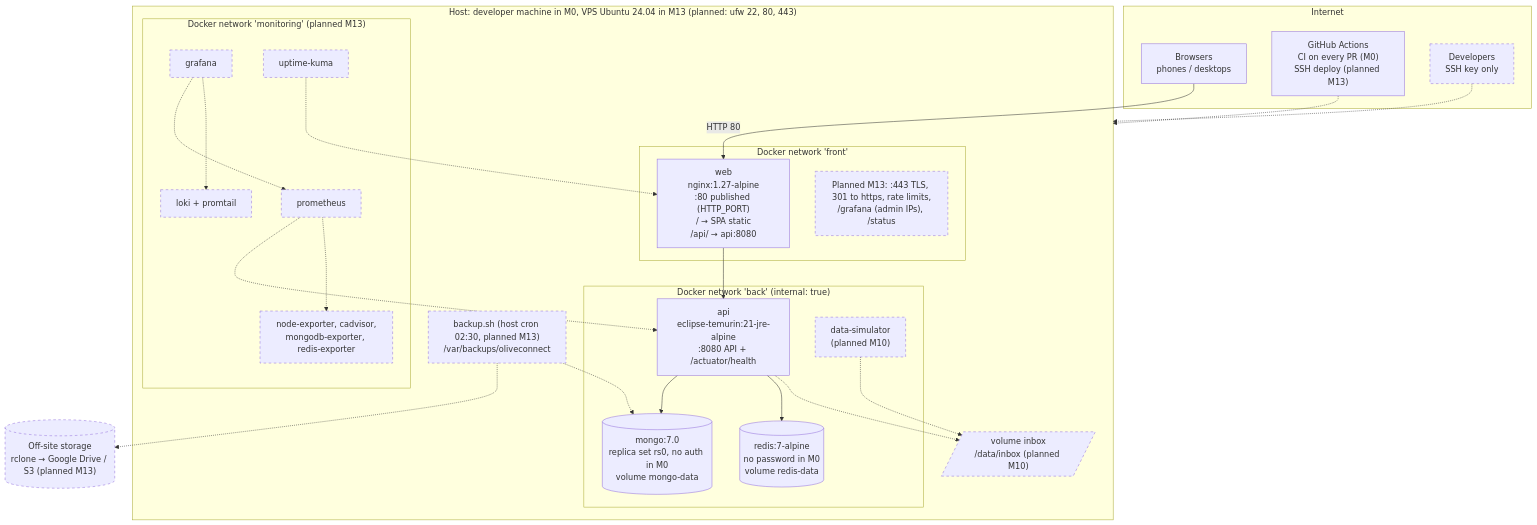
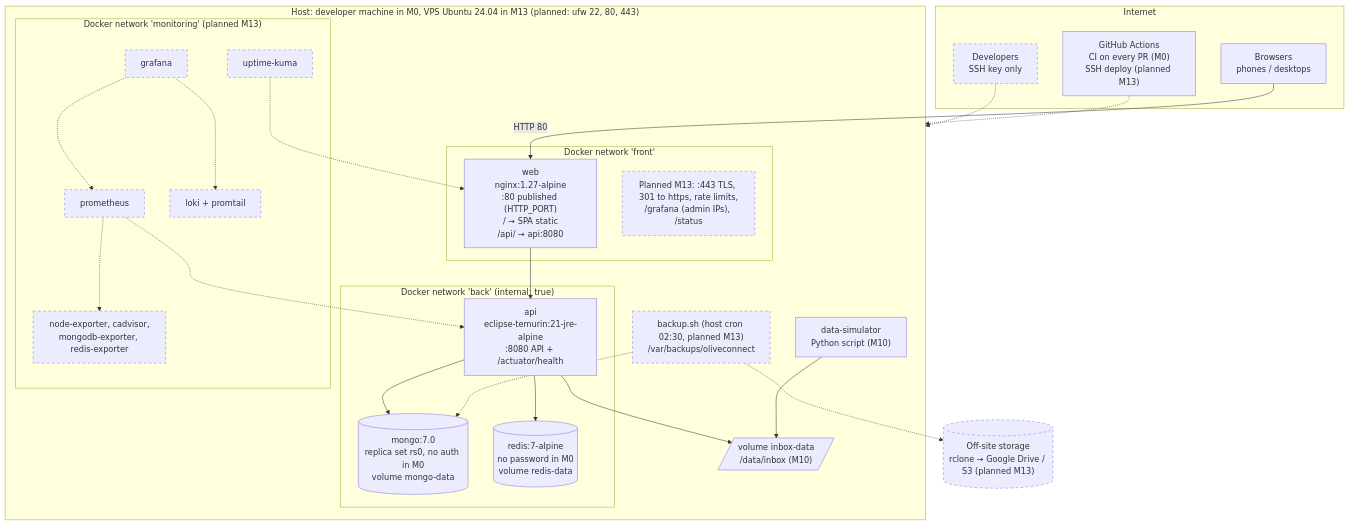
The first of 3 diagrams in docs/10-deployment.md (Iyed-M/olive-connect), drawn with Mermaid before and after one commit. The commit also changed other lines of this file and 7 other files, not shown here.

````diff
--- a/docs/10-deployment.md
+++ b/docs/10-deployment.md
@@ -19,47 +19,47 @@
 ```mermaid
 flowchart TB
     subgraph Internet
         BR[Browsers<br/>phones / desktops]
         GH["GitHub Actions<br/>CI on every PR (M0)<br/>SSH deploy (planned M13)"]
         DEV["Developers<br/>SSH key only"]:::planned
     end
     subgraph HOST["Host: developer machine in M0, VPS Ubuntu 24.04 in M13 (planned: ufw 22, 80, 443)"]
         subgraph FrontNet["Docker network 'front'"]
             WEB["web<br/>nginx:1.27-alpine<br/>:80 published (HTTP_PORT)<br/>/ → SPA static<br/>/api/ → api:8080"]
             NGX2["Planned M13: :443 TLS, 301 to https, rate limits,<br/>/grafana (admin IPs), /status"]:::planned
         end
         subgraph BackNet["Docker network 'back' (internal: true)"]
             API["api<br/>eclipse-temurin:21-jre-alpine<br/>:8080 API + /actuator/health"]
             MONGO[("mongo:7.0<br/>replica set rs0, no auth in M0<br/>volume mongo-data")]
             REDIS[("redis:7-alpine<br/>no password in M0<br/>volume redis-data")]
-            SIM["data-simulator<br/>(planned M10)"]:::planned
         end
         subgraph MonNet["Docker network 'monitoring' (planned M13)"]
             PROM[prometheus]:::planned
             GRAF[grafana]:::planned
             LOKI[loki + promtail]:::planned
             EXP["node-exporter, cadvisor,<br/>mongodb-exporter, redis-exporter"]:::planned
             KUMA[uptime-kuma]:::planned
         end
-        VOL1[/"volume inbox<br/>/data/inbox (planned M10)"/]:::planned
+        VOL1[/"volume inbox-data<br/>/data/inbox (M10)"/]
+        SIM["data-simulator<br/>Python script (M10)"]
         BK["backup.sh (host cron 02:30, planned M13)<br/>/var/backups/oliveconnect"]:::planned
     end
     OFF[("Off-site storage<br/>rclone → Google Drive / S3 (planned M13)")]:::planned
 
     BR -- HTTP 80 --> WEB
     DEV -.-> HOST
     GH -.-> HOST
     WEB --> API
     API --> MONGO
     API --> REDIS
-    API -.-> VOL1
-    SIM -.-> VOL1
+    API --> VOL1
+    SIM --> VOL1
     PROM -.-> API
     PROM -.-> EXP
     GRAF -.-> PROM
     GRAF -.-> LOKI
     KUMA -.-> WEB
     BK -.-> MONGO
     BK -.-> OFF
     classDef planned stroke-dasharray: 5 5
 ```
````
